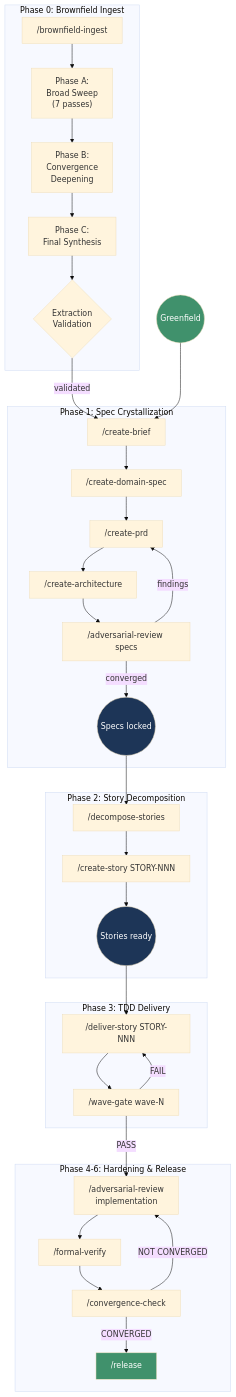
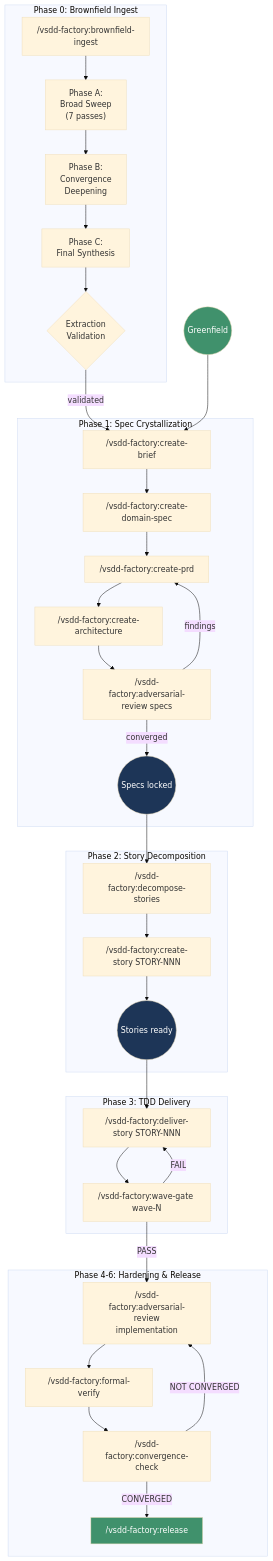
One commit to drbothen/vsdd-factory changed the diagram in docs/guide/pipeline-overview.md. Above: the diagram before and after it, drawn with Mermaid (base theme). The commit also changed other lines of this file and 16 other files, not shown here.

First line of the commit message:
docs: add vsdd-factory: namespace prefix to all command references

````diff
--- a/docs/guide/pipeline-overview.md
+++ b/docs/guide/pipeline-overview.md
@@ -11,56 +11,56 @@
 ```mermaid
 graph TD
     subgraph "Phase 0: Brownfield Ingest"
-        BI["/brownfield-ingest"]
+        BI["/vsdd-factory:brownfield-ingest"]
         BI --> BA["Phase A:\nBroad Sweep\n(7 passes)"]
         BA --> BB["Phase B:\nConvergence\nDeepening"]
         BB --> BC["Phase C:\nFinal Synthesis"]
         BC --> BV{"Extraction\nValidation"}
     end
 
     subgraph "Phase 1: Spec Crystallization"
-        CB["/create-brief"]
-        CDS["/create-domain-spec"]
-        CP["/create-prd"]
-        CA["/create-architecture"]
-        AR1["/adversarial-review specs"]
+        CB["/vsdd-factory:create-brief"]
+        CDS["/vsdd-factory:create-domain-spec"]
+        CP["/vsdd-factory:create-prd"]
+        CA["/vsdd-factory:create-architecture"]
+        AR1["/vsdd-factory:adversarial-review specs"]
         CB --> CDS --> CP --> CA --> AR1
         AR1 -->|"findings"| CP
         AR1 -->|"converged"| P1DONE(("Specs locked"))
     end
 
     subgraph "Phase 2: Story Decomposition"
-        DS["/decompose-stories"]
-        CS["/create-story STORY-NNN"]
+        DS["/vsdd-factory:decompose-stories"]
+        CS["/vsdd-factory:create-story STORY-NNN"]
         DS --> CS
         CS --> P2DONE(("Stories ready"))
     end
 
     subgraph "Phase 3: TDD Delivery"
-        DEL["/deliver-story STORY-NNN"]
-        WG["/wave-gate wave-N"]
+        DEL["/vsdd-factory:deliver-story STORY-NNN"]
+        WG["/vsdd-factory:wave-gate wave-N"]
         DEL --> WG
         WG -->|"FAIL"| DEL
     end
 
     subgraph "Phase 4-6: Hardening & Release"
-        AR2["/adversarial-review\nimplementation"]
-        FV["/formal-verify"]
-        CC["/convergence-check"]
-        REL["/release"]
+        AR2["/vsdd-factory:adversarial-review\nimplementation"]
+        FV["/vsdd-factory:formal-verify"]
+        CC["/vsdd-factory:convergence-check"]
+        REL["/vsdd-factory:release"]
         AR2 --> FV --> CC
         CC -->|"NOT CONVERGED"| AR2
         CC -->|"CONVERGED"| REL
     end
 
     BV -->|"validated"| CB
     START(("Greenfield")) --> CB
     P1DONE --> DS
     P2DONE --> DEL
     WG -->|"PASS"| AR2
 
     style START fill:#40916c,color:#fff
     style P1DONE fill:#1d3557,color:#fff
     style P2DONE fill:#1d3557,color:#fff
     style REL fill:#40916c,color:#fff
 ```
````
